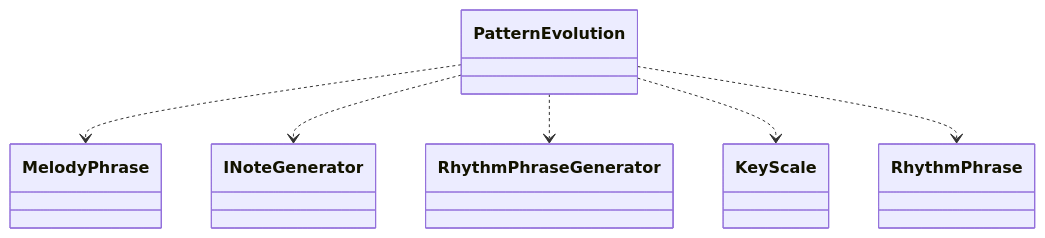
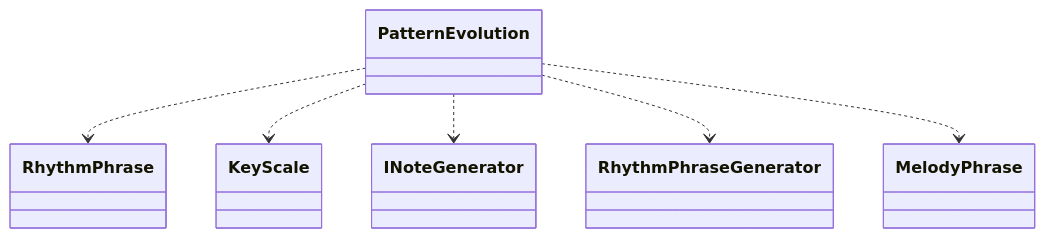
Before and after one commit to schnock-art/project_inspector: diagram 30 of 31 in test/test.md, drawn with Mermaid. The commit also changed other lines of this file and 2 other files, not shown here.

Commit message:
Fixed empyt mermaid diagrams

````diff
--- a/test/test.md
+++ b/test/test.md
@@ -691,8 +683,8 @@
 ```mermaid
 classDiagram
-PatternEvolution ..> MelodyPhrase
+PatternEvolution ..> RhythmPhrase
+PatternEvolution ..> KeyScale
 PatternEvolution ..> INoteGenerator
 PatternEvolution ..> RhythmPhraseGenerator
-PatternEvolution ..> KeyScale
-PatternEvolution ..> RhythmPhrase
+PatternEvolution ..> MelodyPhrase
 ```
````
